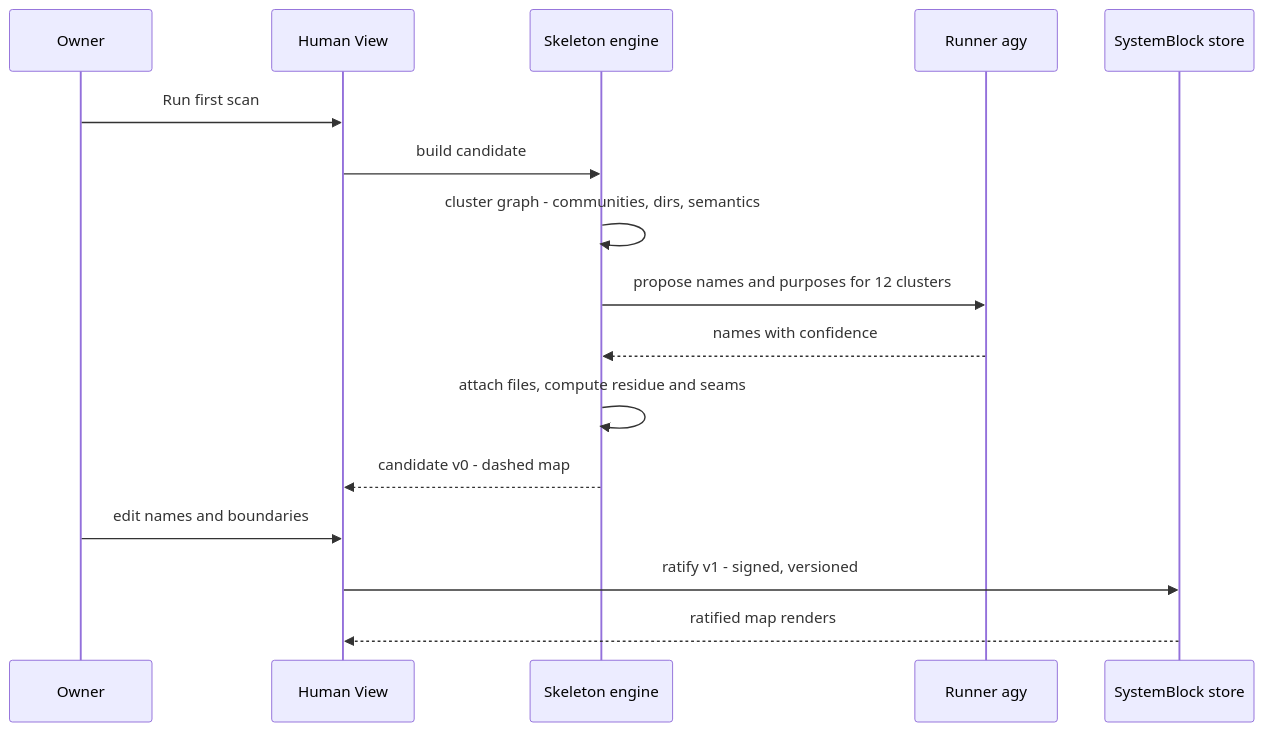
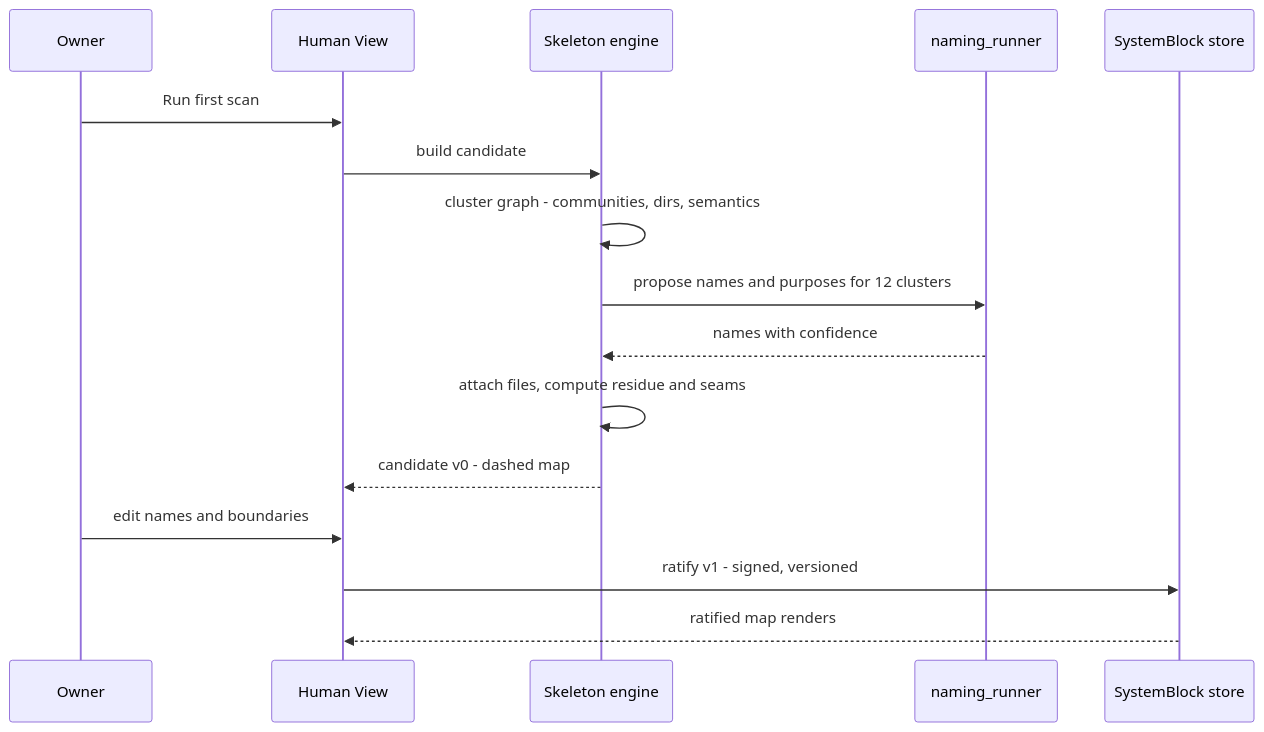
One commit to maxkle1nz/m1nd changed the fourth of 20 diagrams in docs/HUMAN-VIEW-V2-UML.md. Above: the diagram before and after it, drawn with Mermaid. The commit also changed other lines of this file and 2 other files, not shown here.

````diff
--- a/docs/HUMAN-VIEW-V2-UML.md
+++ b/docs/HUMAN-VIEW-V2-UML.md
@@ -91,19 +91,19 @@
 ```mermaid
 sequenceDiagram
     participant U as Owner
     participant UI as Human View
     participant SK as Skeleton engine
-    participant RN as Runner agy
+    participant RN as naming_runner
     participant SB as SystemBlock store
 
     U->>UI: Run first scan
     UI->>SK: build candidate
     SK->>SK: cluster graph - communities, dirs, semantics
     SK->>RN: propose names and purposes for 12 clusters
     RN-->>SK: names with confidence
     SK->>SK: attach files, compute residue and seams
     SK-->>UI: candidate v0 - dashed map
     U->>UI: edit names and boundaries
     UI->>SB: ratify v1 - signed, versioned
     SB-->>UI: ratified map renders
 ```
````
